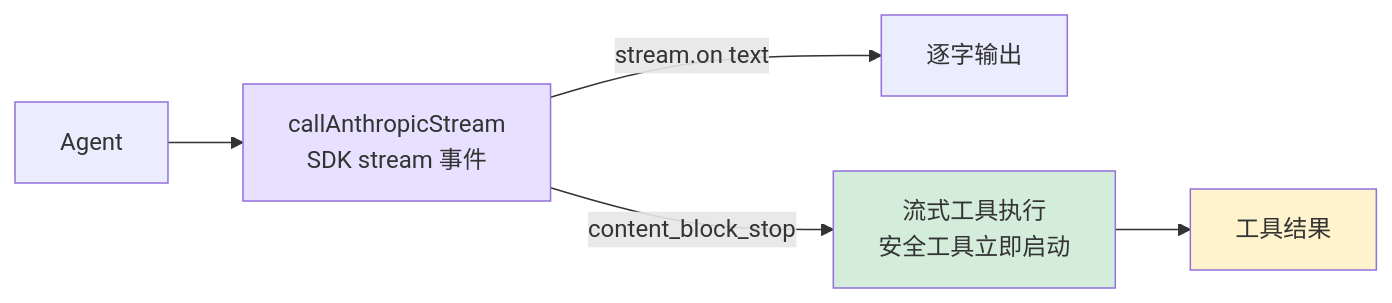
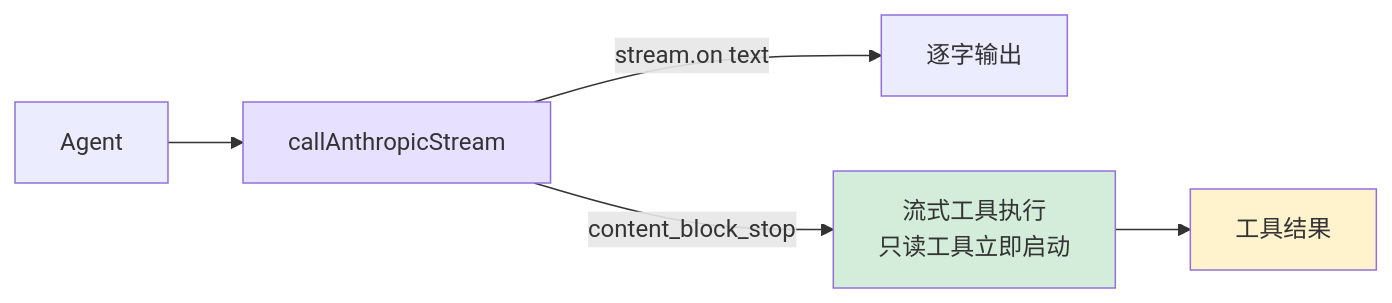
The diagram in docs/05-streaming.md (joinmouse/claude-code-mini), drawn with Mermaid before and after one commit. The commit also changed other lines of this file and 30 other files, not shown here.

````diff
--- a/docs/05-streaming.md
+++ b/docs/05-streaming.md
@@ -7,11 +5,11 @@
 ```mermaid
 graph LR
-    Agent[Agent] --> Anthropic[callAnthropicStream<br/>SDK stream 事件]
+    Agent[Agent] --> Anthropic[callAnthropicStream]
     Anthropic --> |stream.on text| Console[逐字输出]
-    Anthropic --> |content_block_stop| EarlyExec[流式工具执行<br/>安全工具立即启动]
+    Anthropic --> |content_block_stop| EarlyExec[流式工具执行<br/>只读工具立即启动]
     EarlyExec --> ToolResult[工具结果]
 
     style Anthropic fill:#e8e0ff
     style EarlyExec fill:#d4edda
     style ToolResult fill:#fff3cd
 ```
````
